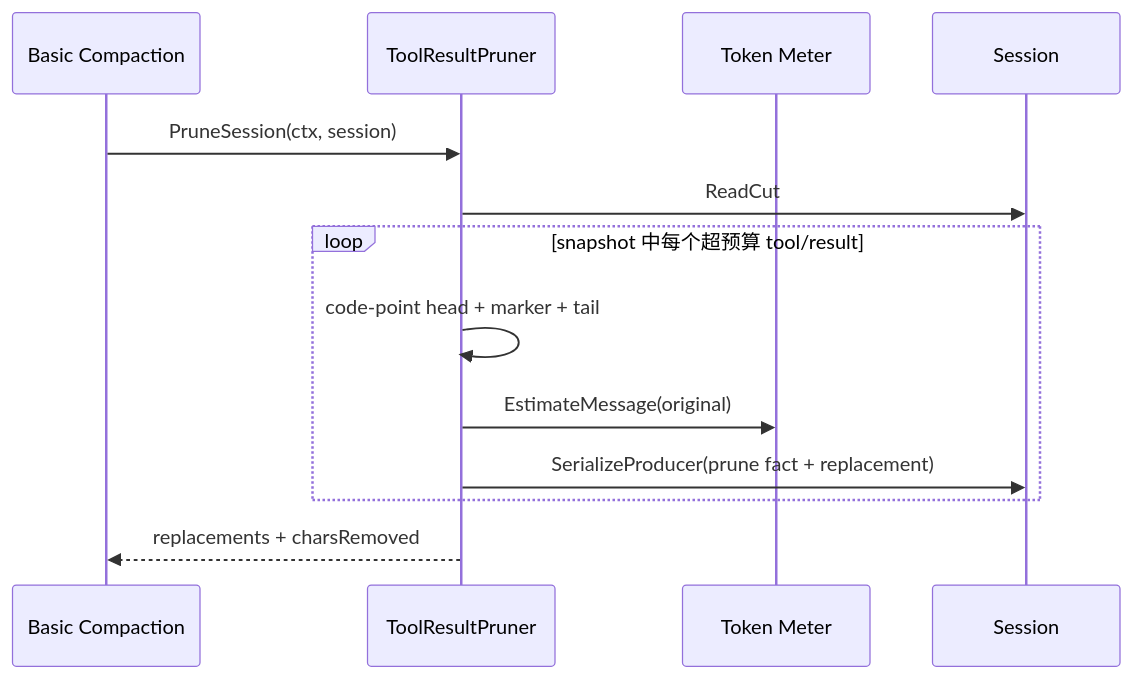
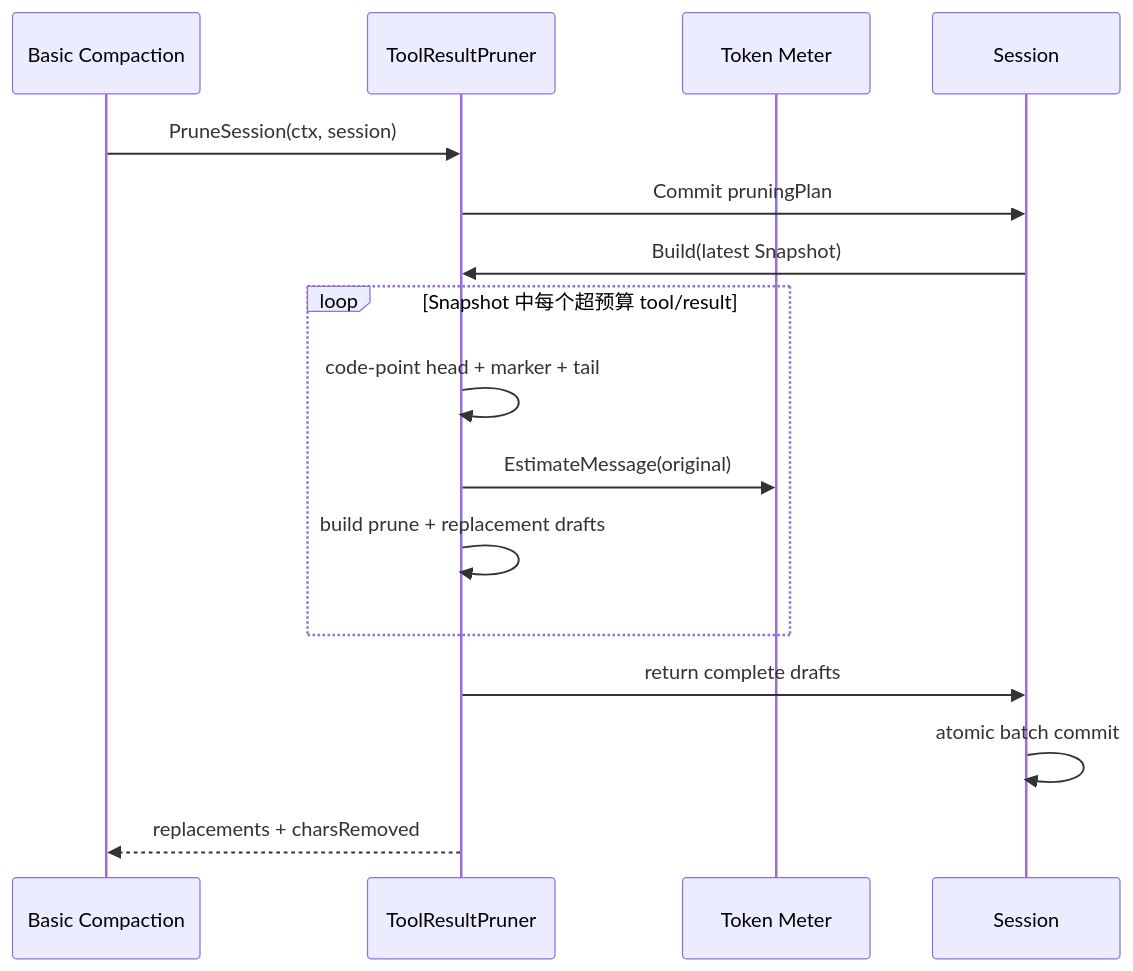
One commit to gorenx/goren changed the second of 2 diagrams in compaction/toolresultpruner/README.zh-CN.md. Above: the diagram before and after it, drawn with Mermaid. The commit also changed other lines of this file and 20 other files, not shown here.

Commit message:
docs(session): document coordinated write architecture

````diff
--- a/compaction/toolresultpruner/README.zh-CN.md
+++ b/compaction/toolresultpruner/README.zh-CN.md
@@ -24,16 +24,19 @@
 ```mermaid
 sequenceDiagram
     participant B as Basic Compaction
     participant P as ToolResultPruner
     participant M as Token Meter
     participant S as Session
 
     B->>P: PruneSession(ctx, session)
-    P->>S: ReadCut
-    loop snapshot 中每个超预算 tool/result
+    P->>S: Commit pruningPlan
+    S->>P: Build(latest Snapshot)
+    loop Snapshot 中每个超预算 tool/result
         P->>P: code-point head + marker + tail
         P->>M: EstimateMessage(original)
-        P->>S: SerializeProducer(prune fact + replacement)
+        P->>P: build prune + replacement drafts
     end
+    P->>S: return complete drafts
+    S->>S: atomic batch commit
     P-->>B: replacements + charsRemoved
 ```
````
